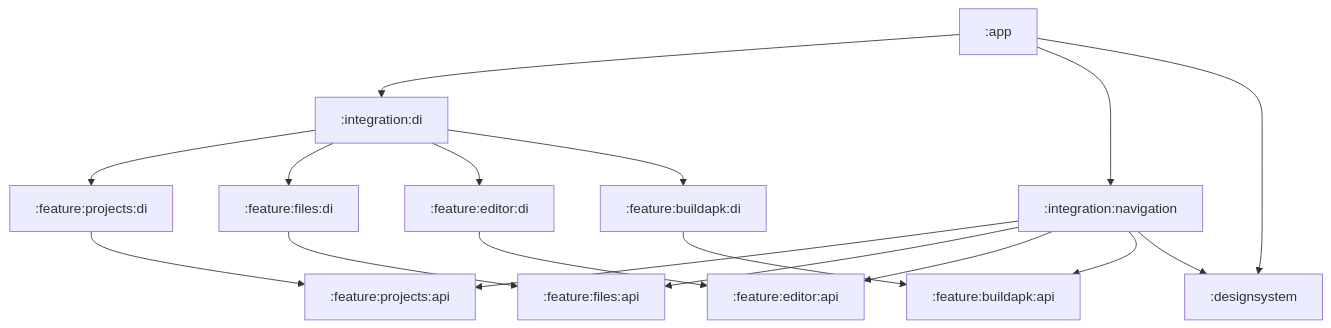
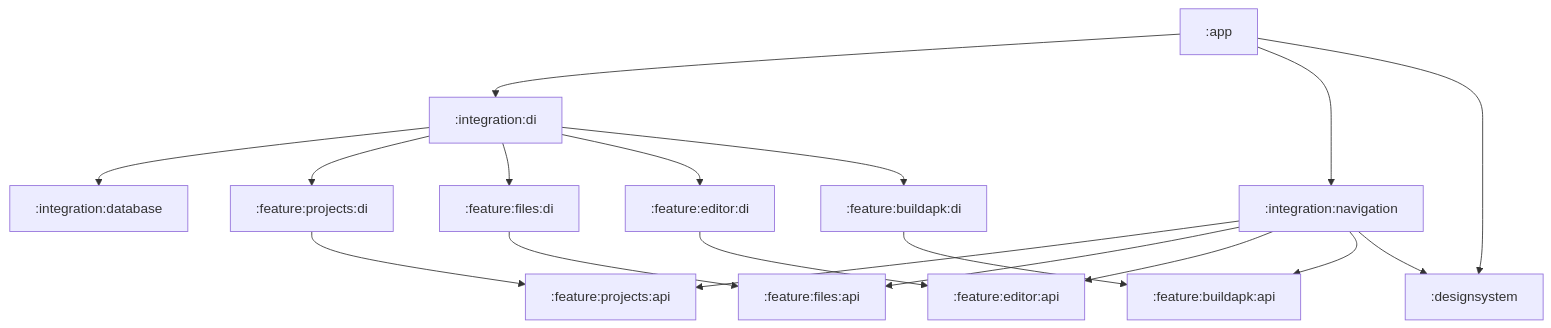
The first of 5 diagrams in project/architecture.md (Al-Qassim/Android-Studio-Lite), drawn with Mermaid before and after one commit. The commit also changed other lines of this file, not shown here.

First line of the commit message:
Align architecture.md with five-way features and integration di/nav.

````diff
--- a/project/architecture.md
+++ b/project/architecture.md
@@ -108,36 +111,38 @@
 ```mermaid
 flowchart TB
   app[":app"]
   di[":integration:di"]
   nav[":integration:navigation"]
+  db[":integration:database"]
   ds[":designsystem"]
 
   pApi[":feature:projects:api"]
   pDi[":feature:projects:di"]
   fApi[":feature:files:api"]
   fDi[":feature:files:di"]
   eApi[":feature:editor:api"]
   eDi[":feature:editor:di"]
   bApi[":feature:buildapk:api"]
   bDi[":feature:buildapk:di"]
 
   app --> di
   app --> nav
   app --> ds
 
+  di --> db
   di --> pDi
   di --> fDi
   di --> eDi
   di --> bDi
 
   nav --> pApi
   nav --> fApi
   nav --> eApi
   nav --> bApi
   nav --> ds
 
   pDi --> pApi
   fDi --> fApi
   eDi --> eApi
   bDi --> bApi
 ```
````
